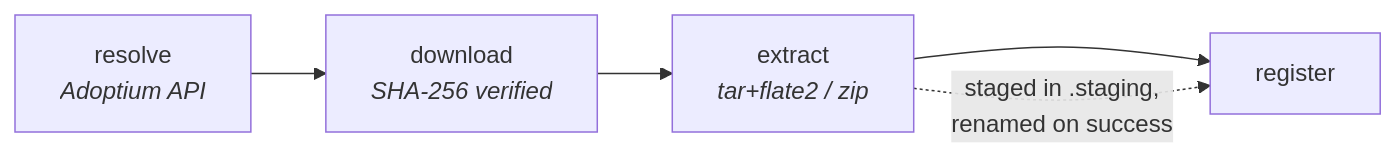
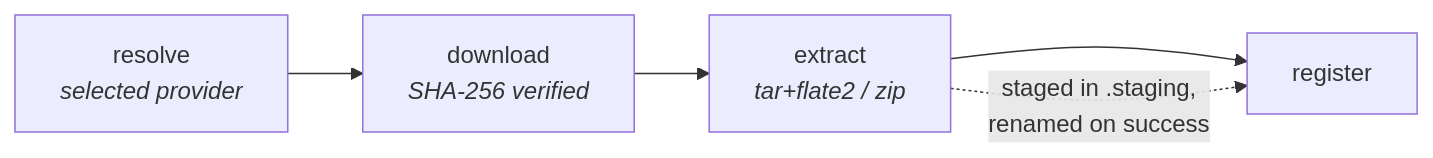
One commit to prytaneum/hestia changed the third of 4 diagrams in docs/architecture/engine.md. Above: the diagram before and after it, drawn with Mermaid. The commit also changed other lines of this file and 3 other files, not shown here.

````diff
--- a/docs/architecture/engine.md
+++ b/docs/architecture/engine.md
@@ -232,5 +237,5 @@
 ```mermaid
 flowchart LR
-    R["resolve<br/><i>Adoptium API</i>"] --> D["download<br/><i>SHA-256 verified</i>"] --> X["extract<br/><i>tar+flate2 / zip</i>"] --> REG["register"]
+    R["resolve<br/><i>selected provider</i>"] --> D["download<br/><i>SHA-256 verified</i>"] --> X["extract<br/><i>tar+flate2 / zip</i>"] --> REG["register"]
     X -.->|"staged in .staging,<br/>renamed on success"| REG
 ```
````
